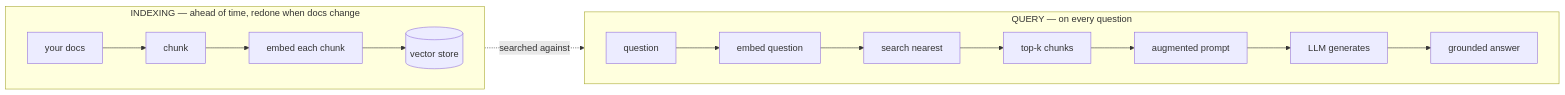
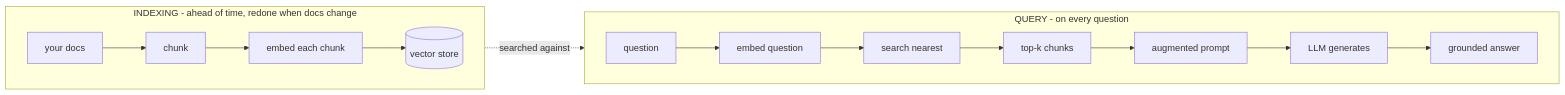
Before and after one commit to Topurrra/themissingmanual: the diagram in guides/ai-ml/rag-explained/02-how-rag-works.md, drawn with Mermaid. The commit also changed other lines of this file and 1009 other files, not shown here.

````diff
--- a/guides/ai-ml/rag-explained/02-how-rag-works.md
+++ b/guides/ai-ml/rag-explained/02-how-rag-works.md
@@ -20,12 +20,12 @@
 ```mermaid
 flowchart LR
-  subgraph Indexing["INDEXING — ahead of time, redone when docs change"]
+  subgraph Indexing["INDEXING - ahead of time, redone when docs change"]
     direction LR
     D[your docs] --> CH[chunk] --> E[embed each chunk] --> VS[(vector store)]
   end
-  subgraph Query["QUERY — on every question"]
+  subgraph Query["QUERY - on every question"]
     direction LR
     Q[question] --> QE[embed question] --> S[search nearest] --> K[top-k chunks] --> PR[augmented prompt] --> L[LLM generates] --> A[grounded answer]
   end
   VS -.->|searched against| S
 ```
````
